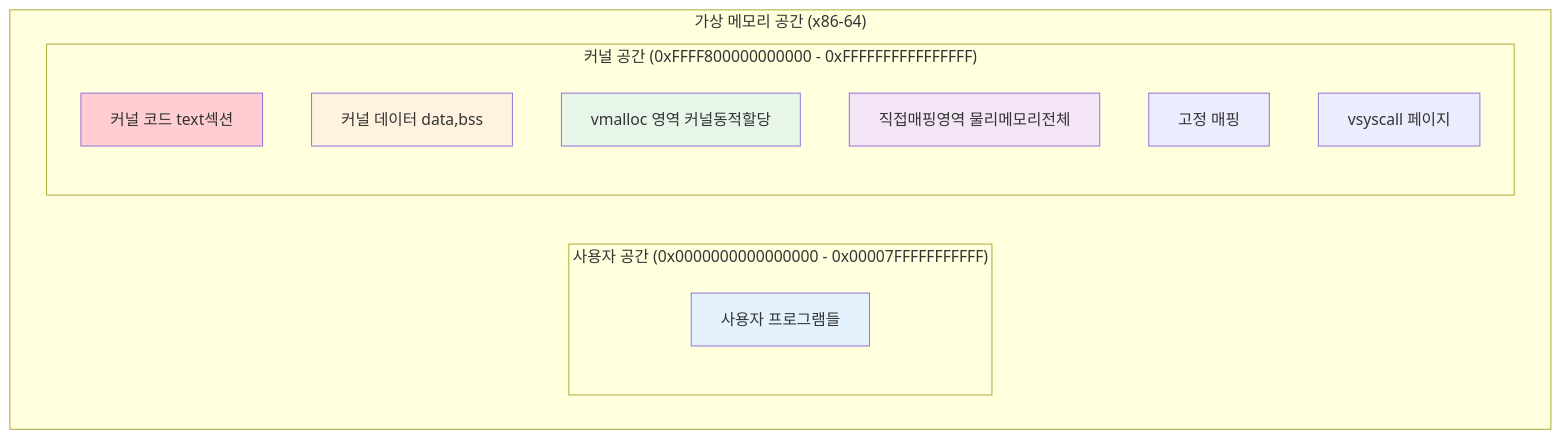
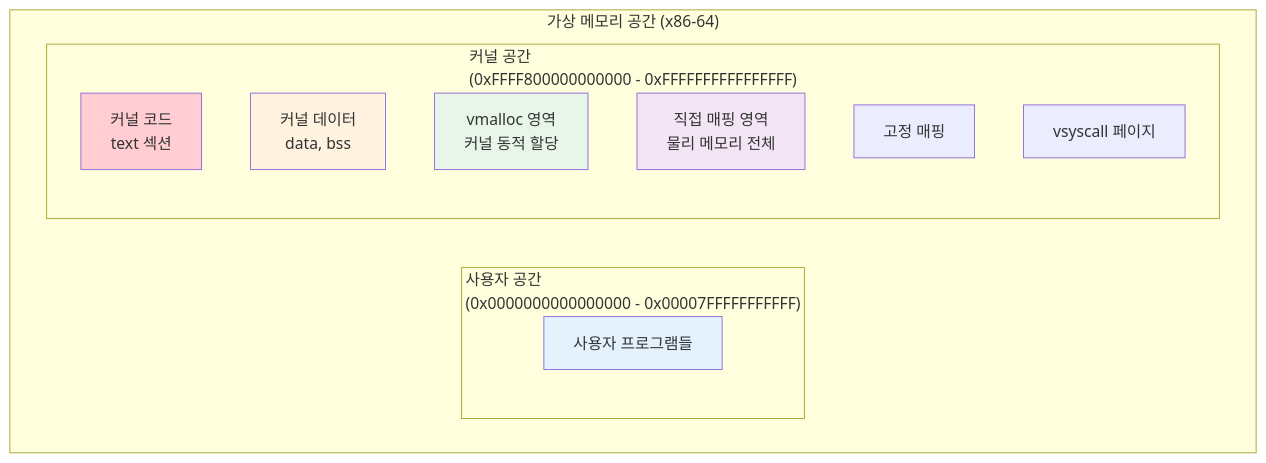
One commit to choru-k/choru-wiki changed the third of 3 diagrams in docs/cs/guide/chapter-04-syscall-kernel/04-01-03-kernel-design-philosophy.md. Above: the diagram before and after it, drawn with Mermaid. The commit also changed other lines of this file and 5 other files, not shown here.

First line of the commit message:
fix: resolve all Mermaid diagram syntax errors in Chapter 4 System Call & Kernel

````diff
--- a/docs/cs/guide/chapter-04-syscall-kernel/04-01-03-kernel-design-philosophy.md
+++ b/docs/cs/guide/chapter-04-syscall-kernel/04-01-03-kernel-design-philosophy.md
@@ -196,23 +199,29 @@
 ```mermaid
 graph TB
     subgraph VMEM["가상 메모리 공간 (x86-64)"]
-        subgraph USER_SPACE["사용자 공간 (0x0000000000000000 - 0x00007FFFFFFFFFFF)"]
-            USER[사용자 프로그램들]
+        subgraph USER_SPACE["사용자 공간
+(0x0000000000000000 - 0x00007FFFFFFFFFFF)"]
+            USER["사용자 프로그램들"]
         end
 
-        subgraph KERNEL_SPACE["커널 공간 (0xFFFF800000000000 - 0xFFFFFFFFFFFFFFFF)"]
-            KCODE["커널 코드 text섹션"]
-            KDATA["커널 데이터 data,bss"]
-            VMALLOC["vmalloc 영역 커널동적할당"]
-            DIRECTMAP["직접매핑영역 물리메모리전체"]
-            FIXMAP[고정 매핑]
-            VSYSCALL[vsyscall 페이지]
+        subgraph KERNEL_SPACE["커널 공간
+(0xFFFF800000000000 - 0xFFFFFFFFFFFFFFFF)"]
+            KCODE["커널 코드
+text 섹션"]
+            KDATA["커널 데이터
+data, bss"]
+            VMALLOC["vmalloc 영역
+커널 동적 할당"]
+            DIRECTMAP["직접 매핑 영역
+물리 메모리 전체"]
+            FIXMAP["고정 매핑"]
+            VSYSCALL["vsyscall 페이지"]
         end
     end
 
     style USER fill:#E3F2FD
     style KCODE fill:#FFCDD2
     style KDATA fill:#FFF3E0
     style VMALLOC fill:#E8F5E9
     style DIRECTMAP fill:#F3E5F5
 ```
````
